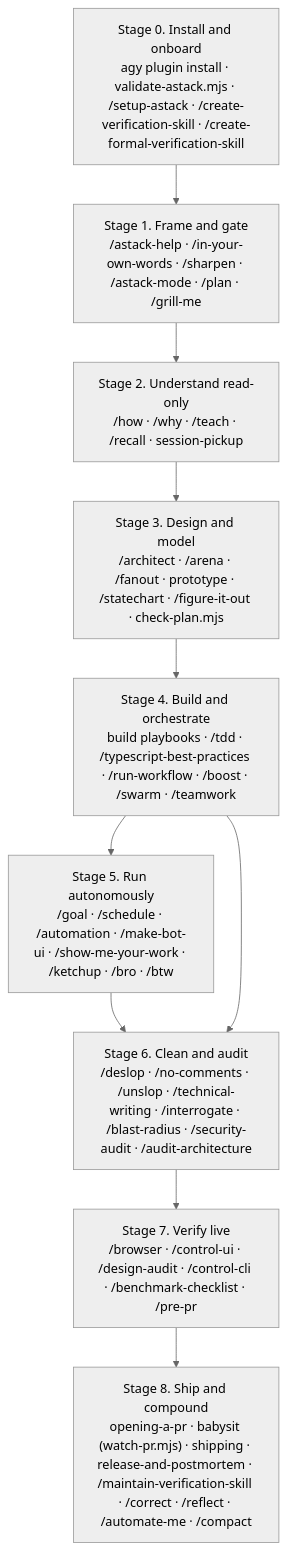
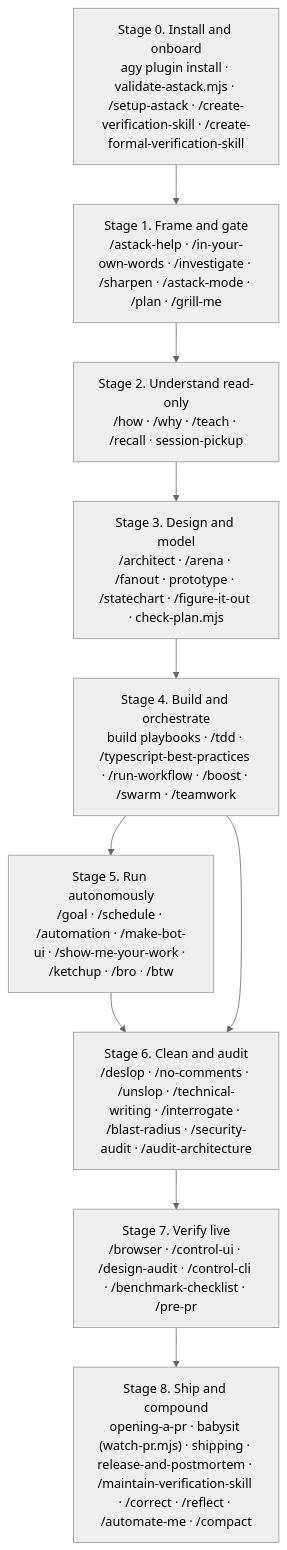
One commit to jmxt3/astack changed the diagram in docs/agent-timeline.md. Above: the diagram before and after it, drawn with Mermaid (neutral theme). The commit also changed other lines of this file and 25 other files, not shown here.

Commit message:
feat: add /investigate skill and Step 1 Investigate & Plan UX

````diff
--- a/docs/agent-timeline.md
+++ b/docs/agent-timeline.md
@@ -17,24 +17,24 @@
 ```mermaid
 flowchart TD
     S0["Stage 0. Install and onboard
 agy plugin install · validate-astack.mjs · /setup-astack · /create-verification-skill · /create-formal-verification-skill"]
     S1["Stage 1. Frame and gate
-/astack-help · /in-your-own-words · /sharpen · /astack-mode · /plan · /grill-me"]
+/astack-help · /in-your-own-words · /investigate · /sharpen · /astack-mode · /plan · /grill-me"]
     S2["Stage 2. Understand read-only
 /how · /why · /teach · /recall · session-pickup"]
     S3["Stage 3. Design and model
 /architect · /arena · /fanout · prototype · /statechart · /figure-it-out · check-plan.mjs"]
     S4["Stage 4. Build and orchestrate
 build playbooks · /tdd · /typescript-best-practices · /run-workflow · /boost · /swarm · /teamwork"]
     S5["Stage 5. Run autonomously
 /goal · /schedule · /automation · /make-bot-ui · /show-me-your-work · /ketchup · /bro · /btw"]
     S6["Stage 6. Clean and audit
 /deslop · /no-comments · /unslop · /technical-writing · /interrogate · /blast-radius · /security-audit · /audit-architecture"]
     S7["Stage 7. Verify live
 /browser · /control-ui · /design-audit · /control-cli · /benchmark-checklist · /pre-pr"]
     S8["Stage 8. Ship and compound
 opening-a-pr · babysit (watch-pr.mjs) · shipping · release-and-postmortem · /maintain-verification-skill · /correct · /reflect · /automate-me · /compact"]
 
     S0 --> S1 --> S2 --> S3 --> S4 --> S5 --> S6 --> S7 --> S8
     S4 --> S6
 ```
````
